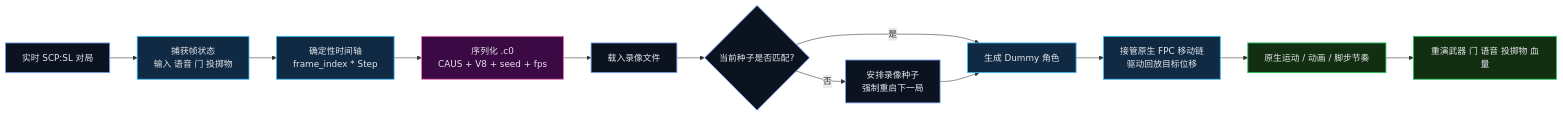
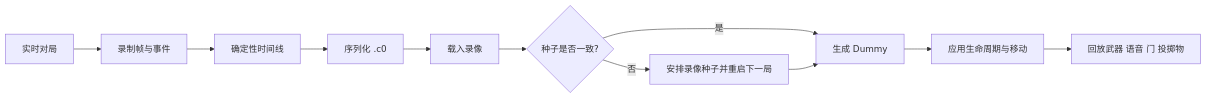
The diagram in README_zh-CN.md (jinshiqwq/Causality-0), drawn with Mermaid before and after one commit. The commit also changed other lines of this file and 4 other files, not shown here.

````diff
--- a/README_zh-CN.md
+++ b/README_zh-CN.md
@@ -136,24 +90,13 @@
 ```mermaid
 flowchart LR
-    A[实时 SCP:SL 对局] --> B[捕获帧状态<br/>输入 语音 门 投掷物]
-    B --> C[确定性时间轴<br/>frame_index * Step]
-    C --> D[序列化 .c0<br/>CAUS + V8 + seed + fps]
-    D --> E[载入录像文件]
-    E --> F{当前种子是否匹配?}
-    F -- 否 --> G[安排录像种子<br/>强制重启下一局]
-    F -- 是 --> H[生成 Dummy 角色]
+    A[实时对局] --> B[录制帧与事件]
+    B --> C[确定性时间线]
+    C --> D[序列化 .c0]
+    D --> E[载入录像]
+    E --> F{种子是否一致?}
+    F -- 否 --> G[安排录像种子并重启下一局]
+    F -- 是 --> H[生成 Dummy]
     G --> H
-    H --> I[接管原生 FPC 移动链<br/>驱动回放目标位移]
-    I --> J[原生运动 / 动画 / 脚步节奏]
-    J --> K[重演武器 门 语音 投掷物 血量]
-
-    classDef a fill:#0b1220,stroke:#7aa2f7,color:#e5e7eb,stroke-width:1.5px;
-    classDef b fill:#102a43,stroke:#38bdf8,color:#e5e7eb,stroke-width:1.5px;
-    classDef c fill:#132f12,stroke:#22c55e,color:#e5e7eb,stroke-width:1.5px;
-    classDef d fill:#3b0a45,stroke:#f472b6,color:#e5e7eb,stroke-width:1.5px;
-
-    class A,E,F,G a;
-    class B,C,H,I b;
-    class J,K c;
-    class D d;
+    H --> I[应用生命周期与移动]
+    I --> J[回放武器 语音 门 投掷物]
 ```
````
